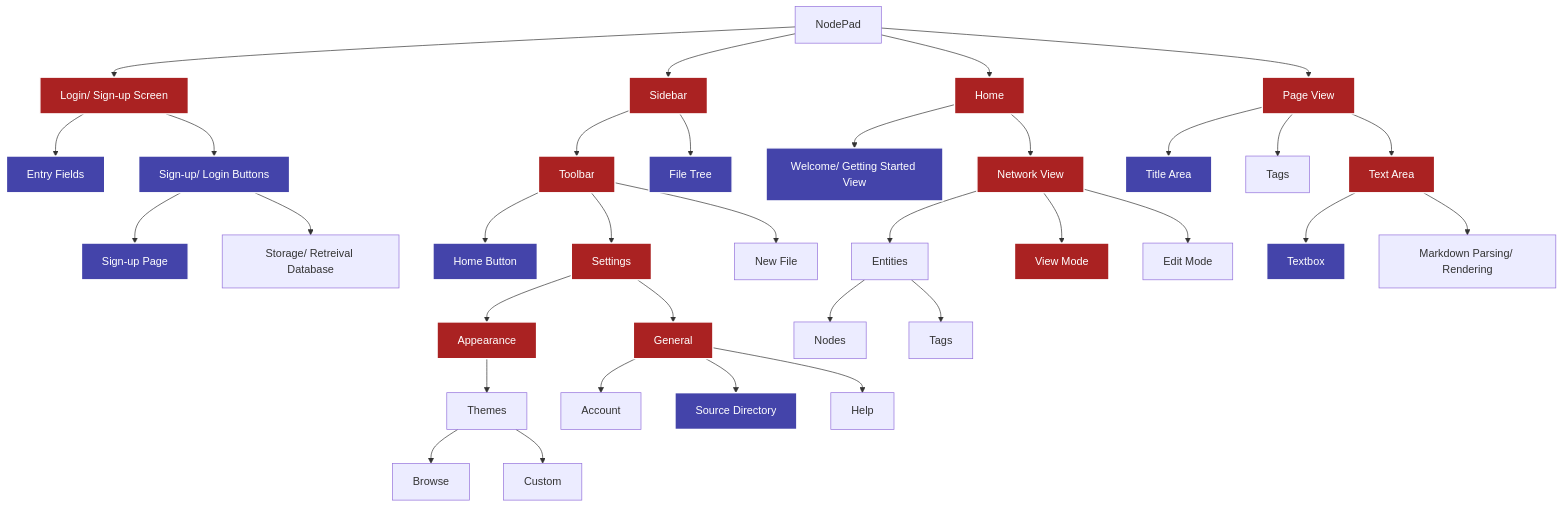
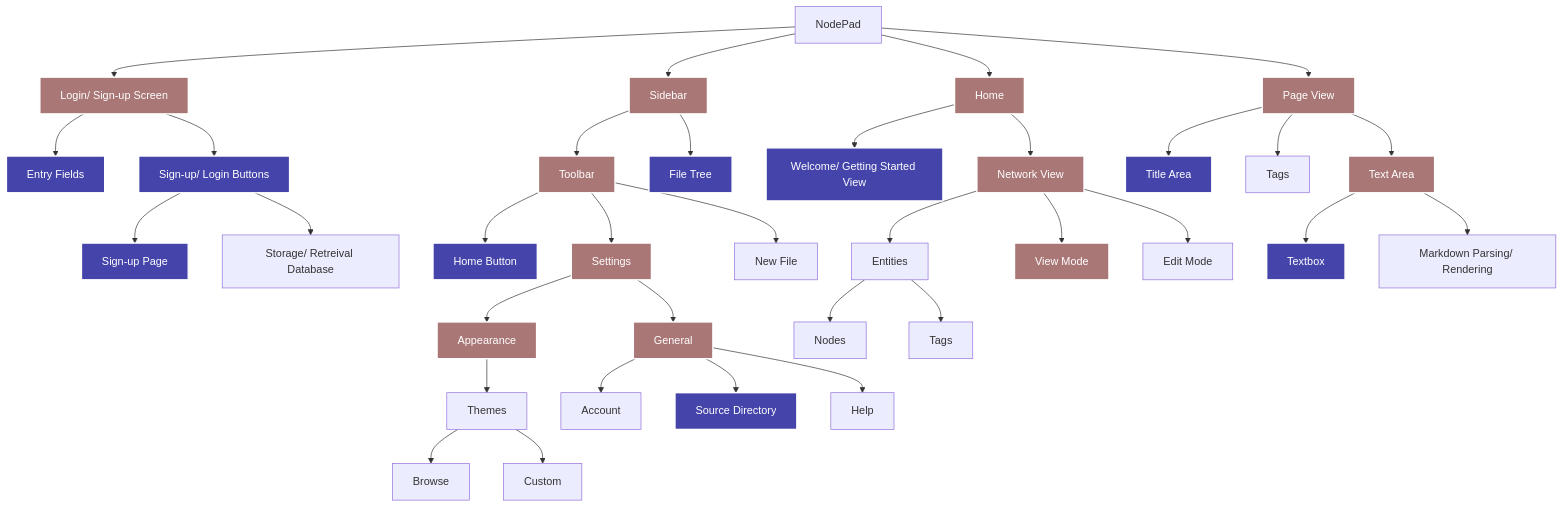
Before and after one commit to samcalthrop/NodePad: the diagram in Write-up/2 - Iterative Development/2.1-Iteration1/2.1.2-functionality_of_prototype.md, drawn with Mermaid.

Commit message:
testing mermaid diagram for write up

````diff
--- a/Write-up/2 - Iterative Development/2.1-Iteration1/2.1.2-functionality_of_prototype.md
+++ b/Write-up/2 - Iterative Development/2.1-Iteration1/2.1.2-functionality_of_prototype.md
@@ -6,44 +6,44 @@
 ```mermaid
 
 flowchart TD
 
 	A --> U[Login/ Sign-up Screen]:::highlight-half
 	U --> V[Entry Fields]:::highlight
 	U --> W[Sign-up/ Login Buttons]:::highlight
 	W --> Z[Sign-up Page]:::highlight
 	W --> ZA[Storage/ Retreival Database]
 
   A[NodePad] --> B[Sidebar]:::highlight-half
   B --> C[Toolbar]:::highlight-half
   B --> D[File Tree]:::highlight
   C --> E[Home Button]:::highlight
   C --> F[Settings]:::highlight-half
   F --> G[Appearance]:::highlight-half
   G --> H[Themes]
   H --> Browse
   H --> Custom
   F --> X[General]:::highlight-half
   X --> Account
   X --> Y[Source Directory]:::highlight
   X --> Help
   C --> J[New File]
 
   A --> K[Home]:::highlight-half
   K --> L[Welcome/ Getting Started View]:::highlight
   K --> M[Network View]:::highlight-half
   M --> N[Entities]
   N --> Nodes
   N --> Tags
   M --> O[View Mode]:::highlight-half
   M --> P[Edit Mode]
 
   A --> Q[Page View]:::highlight-half
   Q --> R[Title Area]:::highlight
   Q --> S[Tags]
   Q --> T[Text Area]:::highlight-half
   T --> ZB[Textbox]:::highlight
   T --> ZC[Markdown Parsing/ Rendering]
 
   classDef highlight fill:#44a,stroke:#fff,stroke-width:2px,color:#fff
-  classDef highlight-half fill:#a22,stroke:#fff,stroke-width:2px,color:#fff
+  classDef highlight-half fill:#a77,stroke:#fff,stroke-width:2px,color:#fff
 ```
````
